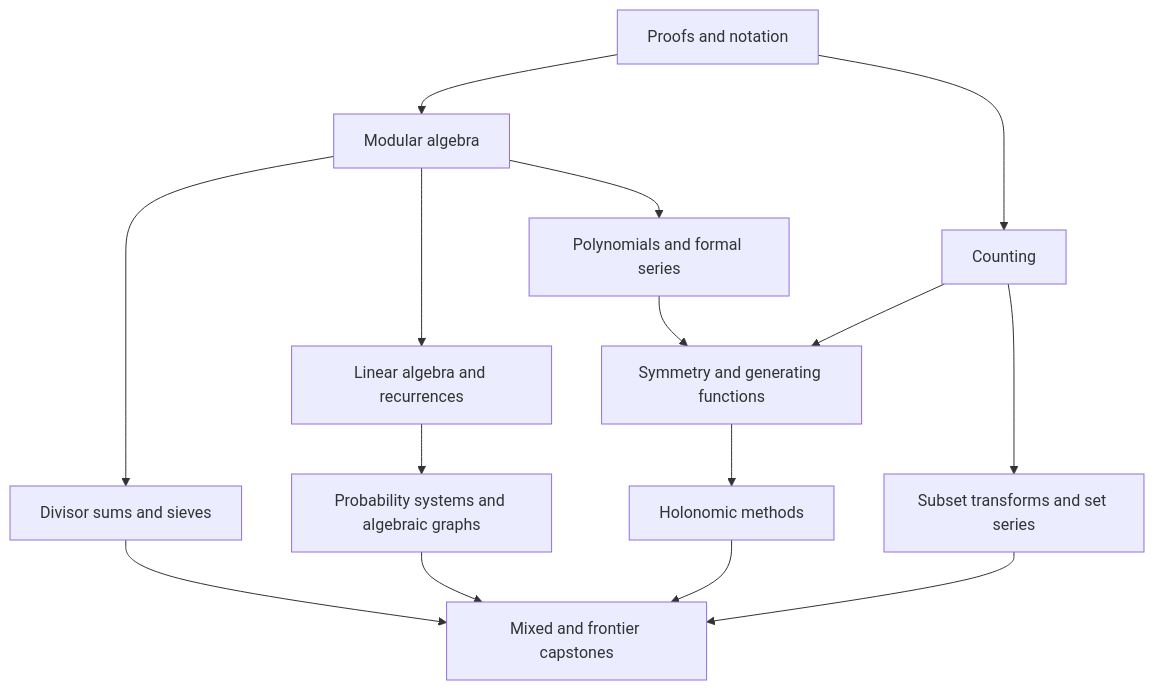
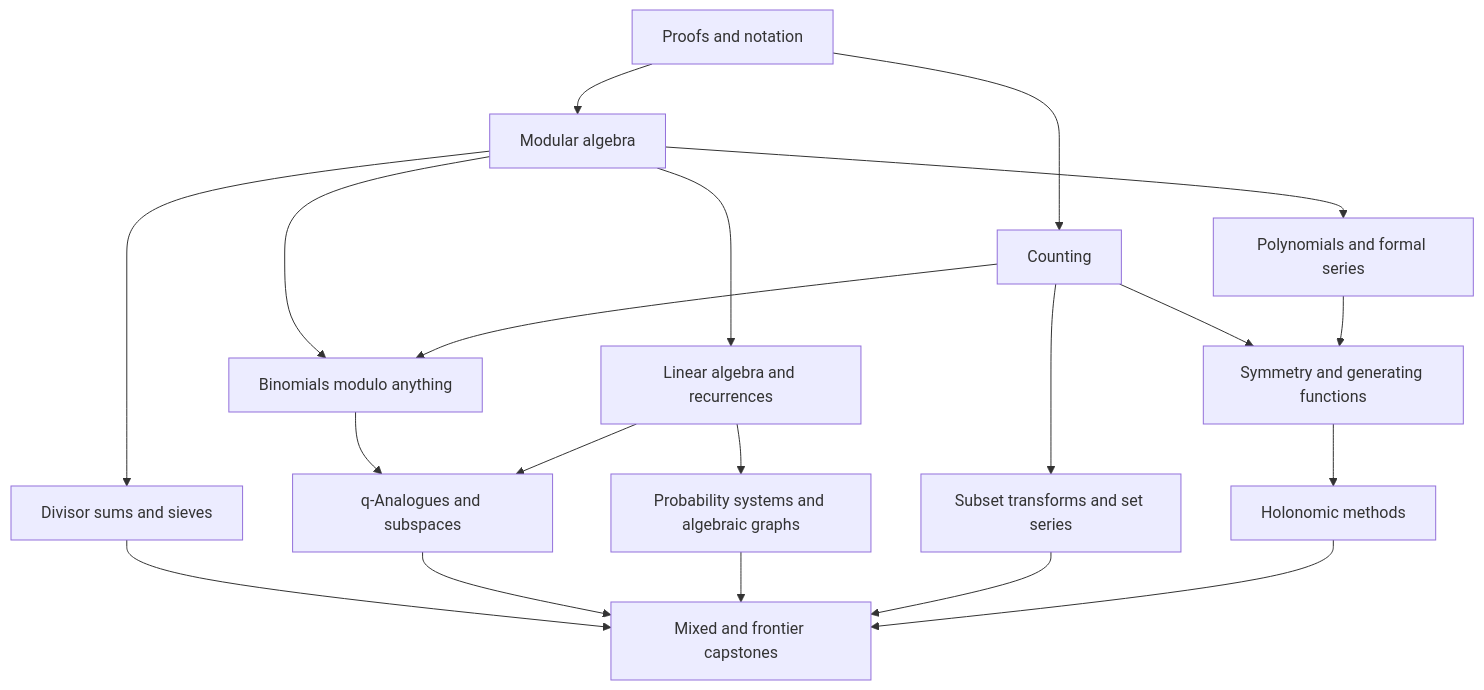
The diagram in index.qmd (maomao9-0/ICPC-math-notes), drawn with Mermaid before and after one commit. The commit also changed other lines of this file and 8 other files, not shown here.

````diff
--- a/index.qmd
+++ b/index.qmd
@@ -66,17 +66,22 @@
 ```{mermaid}
 flowchart TD
   F["Proofs and notation"] --> A["Modular algebra"]
   F --> C["Counting"]
+  A --> B["Binomials modulo anything"]
+  C --> B
   A --> N["Divisor sums and sieves"]
   A --> L["Linear algebra and recurrences"]
   A --> P["Polynomials and formal series"]
   C --> G["Symmetry and generating functions"]
   P --> G
   C --> T["Subset transforms and set series"]
   L --> R["Probability systems and algebraic graphs"]
   G --> H["Holonomic methods"]
+  B --> Q["q-Analogues and subspaces"]
+  L --> Q
   N --> X["Mixed and frontier capstones"]
+  Q --> X
   R --> X
   T --> X
   H --> X
 ```
````
